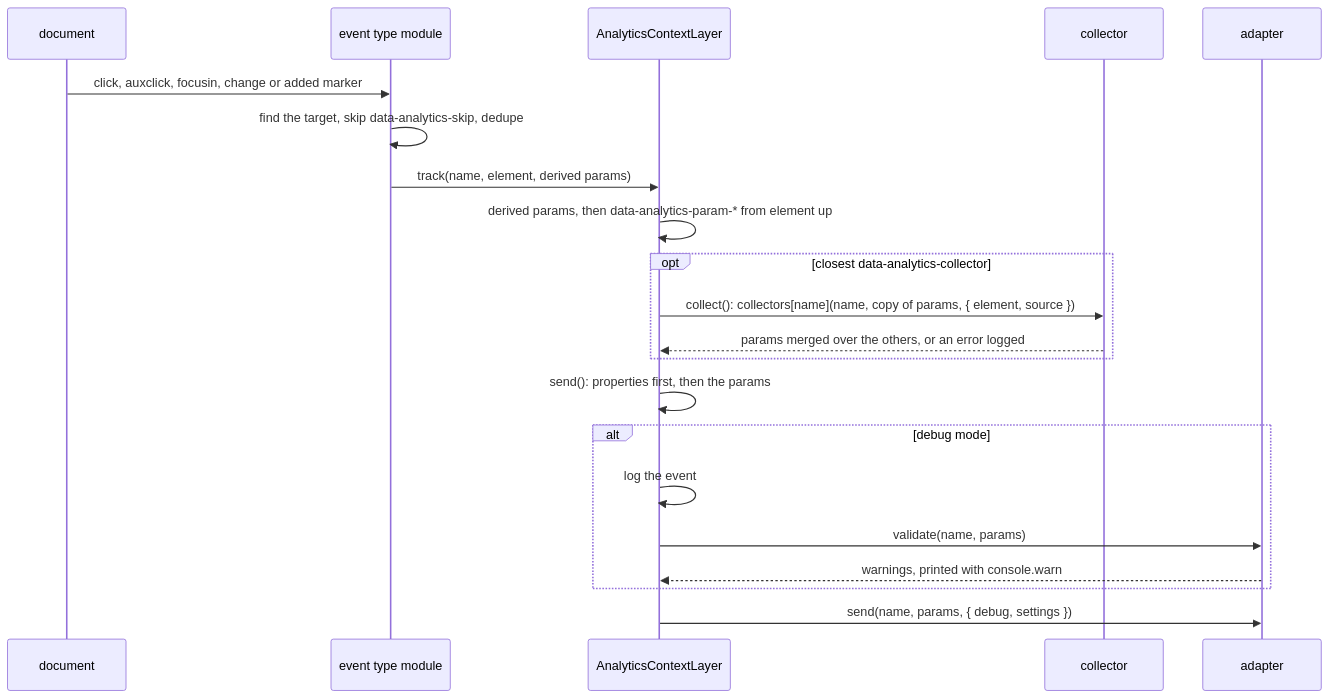
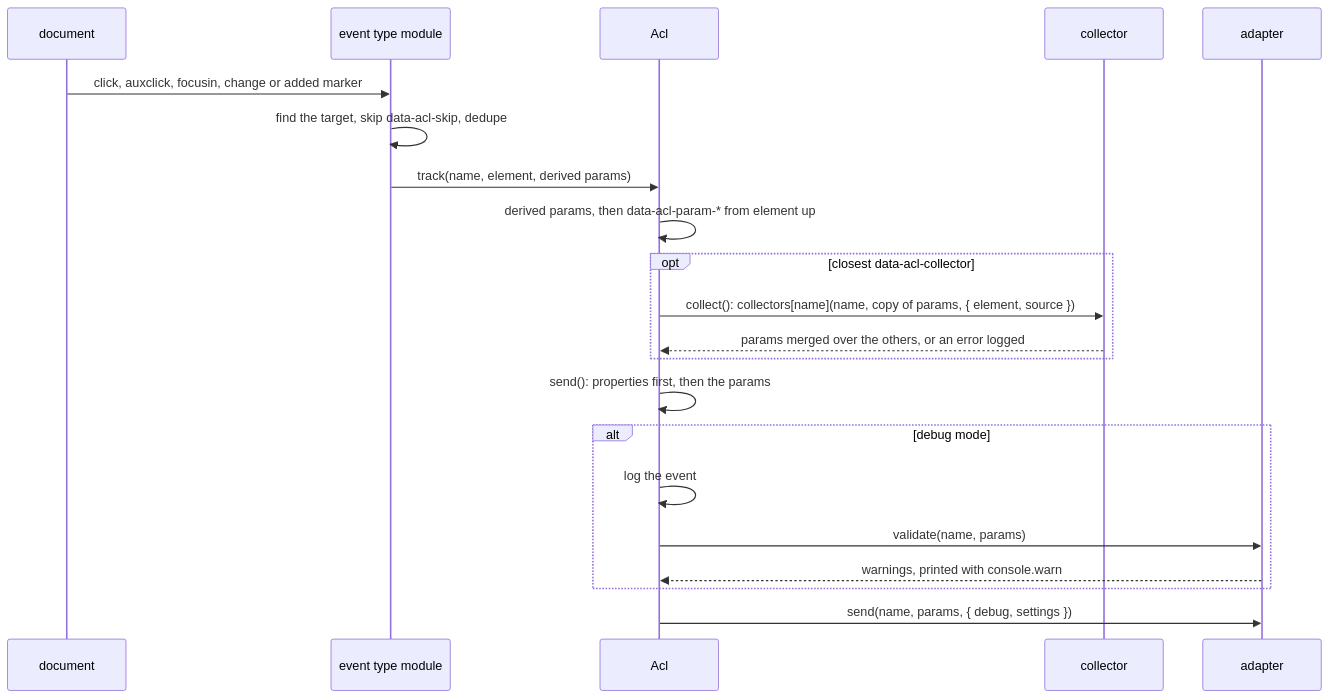
Before and after one commit to drevops/axel: the third of 3 diagrams in docs/architecture/README.md, drawn with Mermaid. The commit also changed other lines of this file and 3 other files, not shown here.

Commit message:
Documented the 'data-acl-*' attributes and the 'acl' globals in the README and architecture docs.

````diff
--- a/docs/architecture/README.md
+++ b/docs/architecture/README.md
@@ -83,24 +83,24 @@
 ```mermaid
 %% Traced from: src/core/event-types/*.js, src/core/core.js track(), collect() and send(), src/core/dom.js collectParams(), src/adapters/ga4.js.
 sequenceDiagram
     participant Page as document
     participant Type as event type module
-    participant ACL as AnalyticsContextLayer
+    participant ACL as Acl
     participant Collector as collector
     participant Adapter as adapter
     Page->>Type: click, auxclick, focusin, change or added marker
-    Type->>Type: find the target, skip data-analytics-skip, dedupe
+    Type->>Type: find the target, skip data-acl-skip, dedupe
     Type->>ACL: track(name, element, derived params)
-    ACL->>ACL: derived params, then data-analytics-param-* from element up
-    opt closest data-analytics-collector
+    ACL->>ACL: derived params, then data-acl-param-* from element up
+    opt closest data-acl-collector
         ACL->>Collector: collect(): collectors[name](name, copy of params, { element, source })
         Collector-->>ACL: params merged over the others, or an error logged
     end
     ACL->>ACL: send(): properties first, then the params
     alt debug mode
         ACL->>ACL: log the event
         ACL->>Adapter: validate(name, params)
         Adapter-->>ACL: warnings, printed with console.warn
     end
     ACL->>Adapter: send(name, params, { debug, settings })
 ```
````
